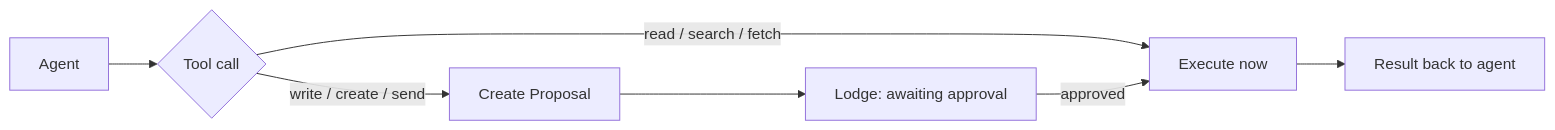
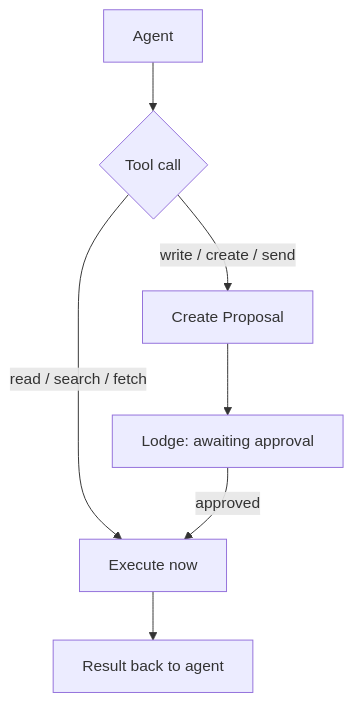
One commit to lessthanseventy/ex_cortex changed the second of 2 diagrams in README.md. Above: the diagram before and after it, drawn with Mermaid. The commit also changed other lines of this file, not shown here.

Commit message:
docs: switch README Mermaid diagrams to vertical (TD) layout

````diff
--- a/README.md
+++ b/README.md
@@ -82,9 +85,9 @@
 ```mermaid
-flowchart LR
+flowchart TD
     Agent[Agent] --> ToolCall{Tool call}
     ToolCall -- read / search / fetch --> Exec[Execute now]
     ToolCall -- write / create / send --> Proposal[Create Proposal]
     Exec --> Result[Result back to agent]
     Proposal --> Lodge2[Lodge: awaiting approval]
     Lodge2 -- approved --> Exec
 ```
````
